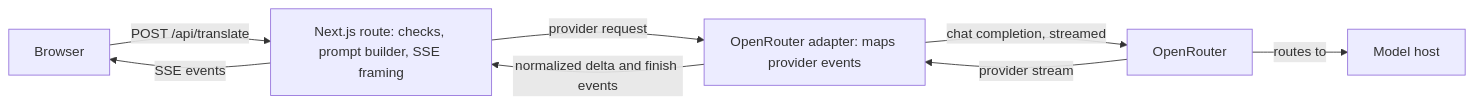
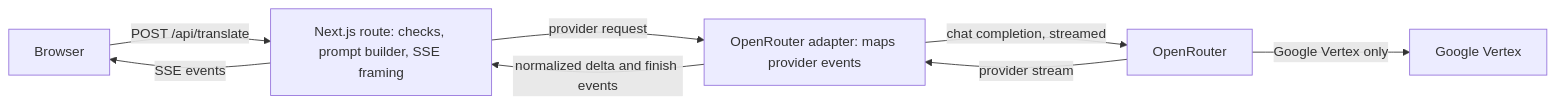
The first of 2 diagrams in docs/case-study.md (edumarcano/mimus), drawn with Mermaid before and after one commit. The commit also changed other lines of this file and 3 other files, not shown here.

````diff
--- a/docs/case-study.md
+++ b/docs/case-study.md
@@ -25,10 +25,10 @@
 ```mermaid
 flowchart LR
   Browser -->|"POST /api/translate"| Route["Next.js route: checks, prompt builder, SSE framing"]
   Route -->|"provider request"| Adapter["OpenRouter adapter: maps provider events"]
   Adapter -->|"chat completion, streamed"| OpenRouter["OpenRouter"]
-  OpenRouter -->|"routes to"| Host["Model host"]
+  OpenRouter -->|"Google Vertex only"| Host["Google Vertex"]
   OpenRouter -->|"provider stream"| Adapter
   Adapter -->|"normalized delta and finish events"| Route
   Route -->|"SSE events"| Browser
 ```
````
